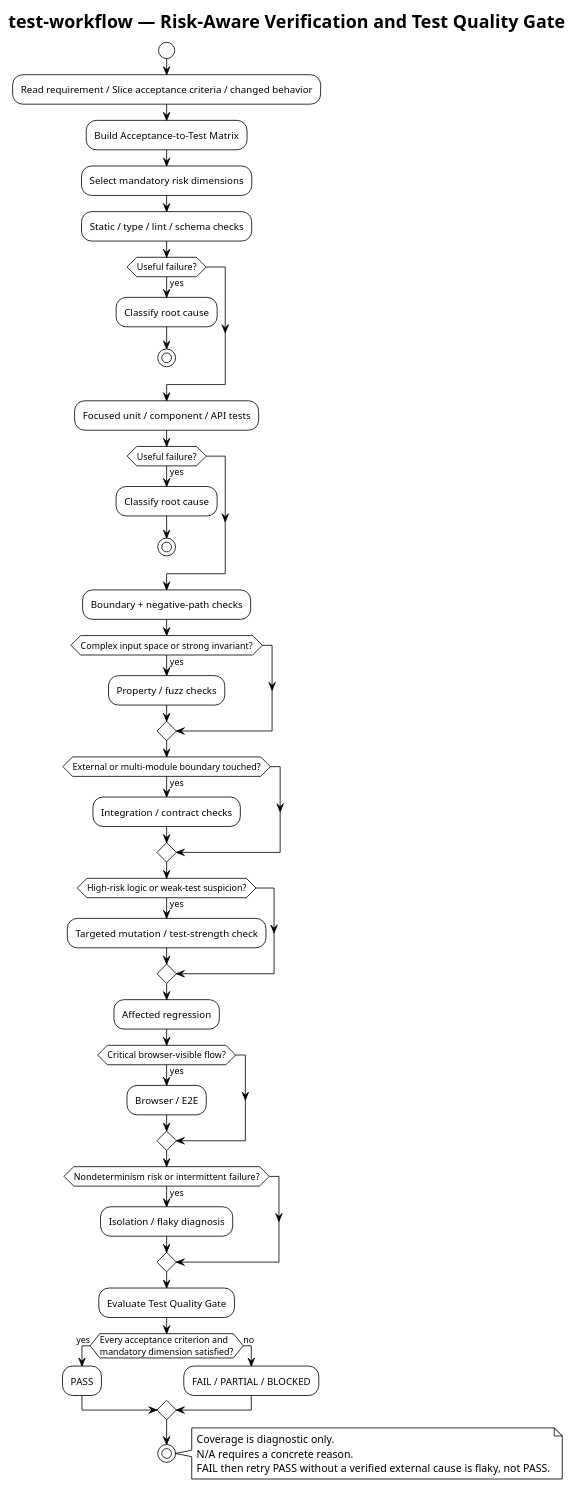
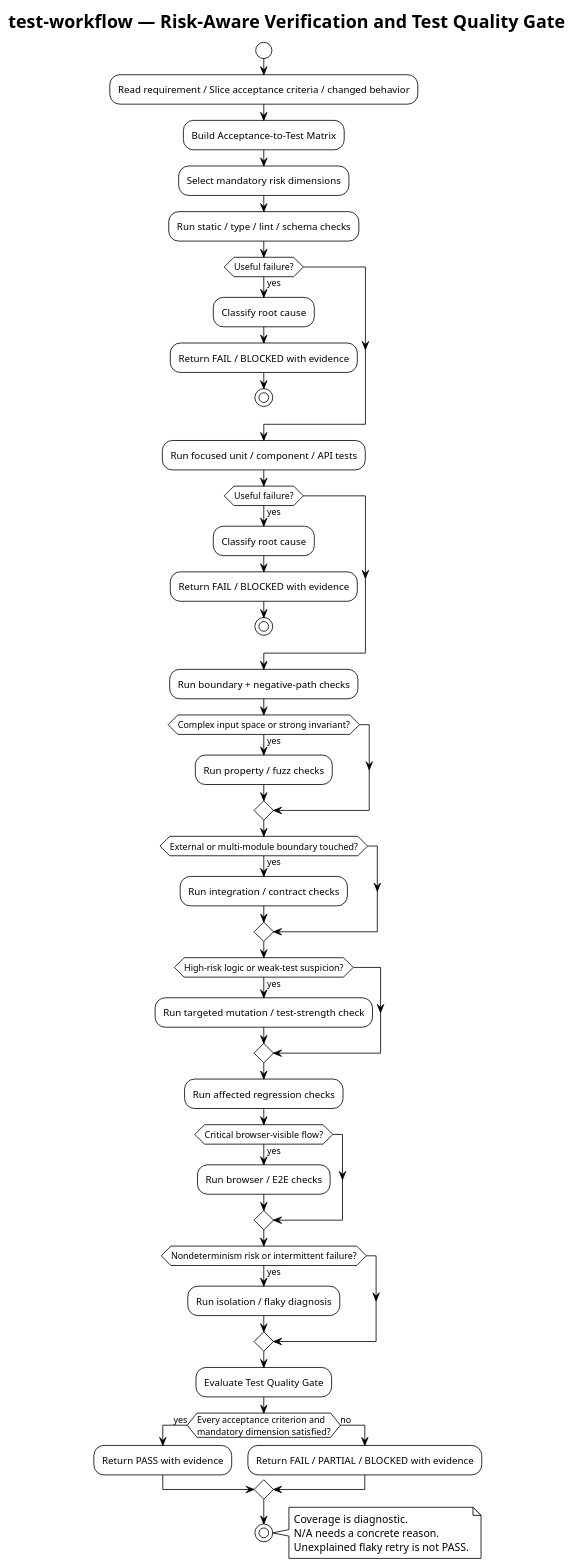
Before and after one commit to i-zrhe2016/codex-development-workflow: the diagram in docs/skills/test-workflow/diagrams/test-workflow-flow.puml, drawn with PlantUML. The commit also changed 8 other files, not shown here.

Commit message:
docs(diagrams): normalize PlantUML views

```diff
--- a/docs/skills/test-workflow/diagrams/test-workflow-flow.puml
+++ b/docs/skills/test-workflow/diagrams/test-workflow-flow.puml
@@ -1,63 +1,66 @@
 @startuml
 !theme plain
 skinparam shadowing false
 skinparam defaultFontName Arial
 
 title test-workflow — Risk-Aware Verification and Test Quality Gate
 
 start
 :Read requirement / Slice acceptance criteria / changed behavior;
 :Build Acceptance-to-Test Matrix;
 :Select mandatory risk dimensions;
 
-:Static / type / lint / schema checks;
+:Run static / type / lint / schema checks;
 if (Useful failure?) then (yes)
   :Classify root cause;
+  :Return FAIL / BLOCKED with evidence;
   stop
 endif
 
-:Focused unit / component / API tests;
+:Run focused unit / component / API tests;
 if (Useful failure?) then (yes)
   :Classify root cause;
+  :Return FAIL / BLOCKED with evidence;
   stop
 endif
 
-:Boundary + negative-path checks;
+:Run boundary + negative-path checks;
 
 if (Complex input space or strong invariant?) then (yes)
-  :Property / fuzz checks;
+  :Run property / fuzz checks;
 endif
 
 if (External or multi-module boundary touched?) then (yes)
-  :Integration / contract checks;
+  :Run integration / contract checks;
 endif
 
 if (High-risk logic or weak-test suspicion?) then (yes)
-  :Targeted mutation / test-strength check;
+  :Run targeted mutation / test-strength check;
 endif
 
-:Affected regression;
+:Run affected regression checks;
 
 if (Critical browser-visible flow?) then (yes)
-  :Browser / E2E;
+  :Run browser / E2E checks;
 endif
 
 if (Nondeterminism risk or intermittent failure?) then (yes)
-  :Isolation / flaky diagnosis;
+  :Run isolation / flaky diagnosis;
 endif
 
 :Evaluate Test Quality Gate;
 
 if (Every acceptance criterion and\nmandatory dimension satisfied?) then (yes)
-  :PASS;
+  :Return PASS with evidence;
 else (no)
-  :FAIL / PARTIAL / BLOCKED;
+  :Return FAIL / PARTIAL / BLOCKED with evidence;
 endif
+
 stop
 
 note right
-Coverage is diagnostic only.
-N/A requires a concrete reason.
-FAIL then retry PASS without a verified external cause is flaky, not PASS.
+Coverage is diagnostic.
+N/A needs a concrete reason.
+Unexplained flaky retry is not PASS.
 end note
 @enduml
```
